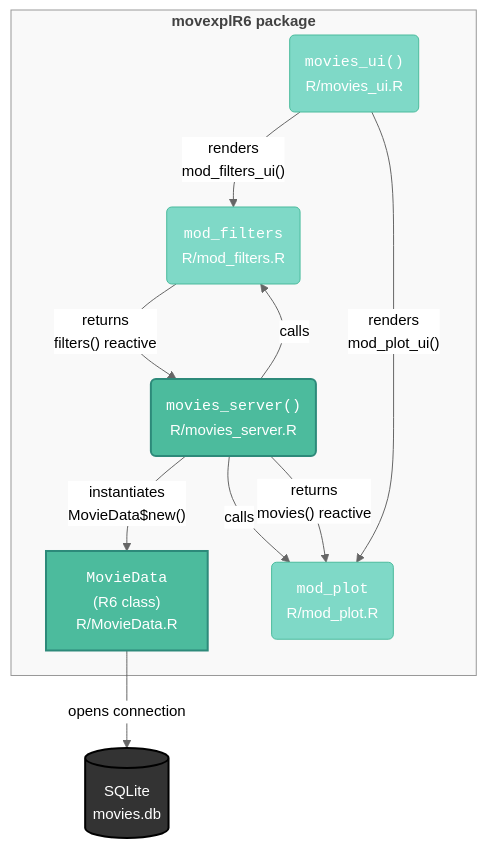
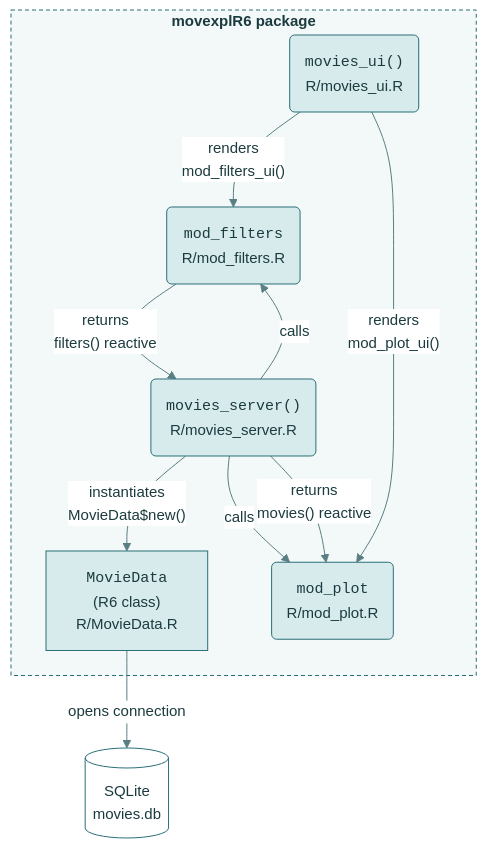
The first of 4 diagrams in r6.qmd (mjfrigaard/shiny-app-pkgs), drawn with Mermaid before and after one commit. The commit also changed other lines of this file and 22 other files, not shown here.

First line of the commit message:
Standardize mermaid diagrams on the site teal palette

````diff
--- a/r6.qmd
+++ b/r6.qmd
@@ -86,36 +86,35 @@
 ```{mermaid}
 %%| fig-cap: 'movexplR6 architecture: R6 owns state, Shiny owns reactivity'
 %%| fig-align: center
 %%| eval: true
 %%| echo: false
-%%{init: {'theme': 'neutral', 'themeVariables': { 'fontFamily': 'monospace', "fontSize":"15px"}}}%%
+%%{init: {'theme': 'base', 'themeVariables': { 'fontFamily': 'monospace', "fontSize":"15px", "primaryColor":"#D7EBEC", "primaryTextColor":"#1B3B3F", "primaryBorderColor":"#2A6F77", "lineColor":"#5A7F83", "edgeLabelBackground":"#FFFFFF", "clusterBkg":"#F3F8F8", "clusterBorder":"#2A6F77", "darkMode":false}}}%%
 
 flowchart TD
   subgraph Pkg["<strong>movexplR6 package</strong>"]
     MovData["<code>MovieData</code><br>(R6 class)<br>R/MovieData.R"]
     FilMod("<code>mod_filters</code><br>R/mod_filters.R")
     PltMod("<code>mod_plot</code><br>R/mod_plot.R")
     MovServ("<code>movies_server()</code><br>R/movies_server.R")
     MovUI("<code>movies_ui()</code><br>R/movies_ui.R")
   end
 
   DB[("SQLite<br>movies.db")]
 
   MovData -->|"opens connection"| DB
   MovServ -->|"instantiates<br>MovieData$new()"| MovData
   MovServ -->|"calls"| FilMod
   MovServ -->|"calls"| PltMod
   FilMod -->|"returns<br>filters() reactive"| MovServ
   MovServ -->|"returns<br>movies() reactive"| PltMod
   MovUI -->|"renders<br>mod_filters_ui()"| FilMod
   MovUI -->|"renders<br>mod_plot_ui()"| PltMod
 
-  style MovData fill:#4CBB9D,color:#fff,stroke:#2d8a7a,stroke-width:2px
-  style MovServ fill:#4CBB9D,color:#fff,stroke:#2d8a7a,stroke-width:2px
-  style FilMod fill:#7fd9c7,color:#fff,stroke:#4CBB9D,stroke-width:1px
-  style PltMod fill:#7fd9c7,color:#fff,stroke:#4CBB9D,stroke-width:1px
-  style MovUI fill:#7fd9c7,color:#fff,stroke:#4CBB9D,stroke-width:1px
-  style DB fill:#333,color:#fff,stroke:#000,stroke-width:2px
-  style Pkg fill:#f9f9f9,color:#424242,stroke:#999,stroke-width:1px
-  
+    classDef term fill:#2A6F77,color:#FFFFFF,stroke:#1B4F55,stroke-width:1px
+    classDef step fill:#D7EBEC,color:#1B3B3F,stroke:#2A6F77,stroke-width:1px
+    classDef decision fill:#F4C26B,color:#3D2A00,stroke:#B7832B,stroke-width:1px
+    classDef io fill:#FFFFFF,color:#1B3B3F,stroke:#2A6F77,stroke-width:1px
+    class MovData,FilMod,PltMod,MovServ,MovUI step
+    class DB io
+    style Pkg fill:#F3F8F8,color:#1B3B3F,stroke:#2A6F77,stroke-width:1px,stroke-dasharray:4 3
 ```
````
